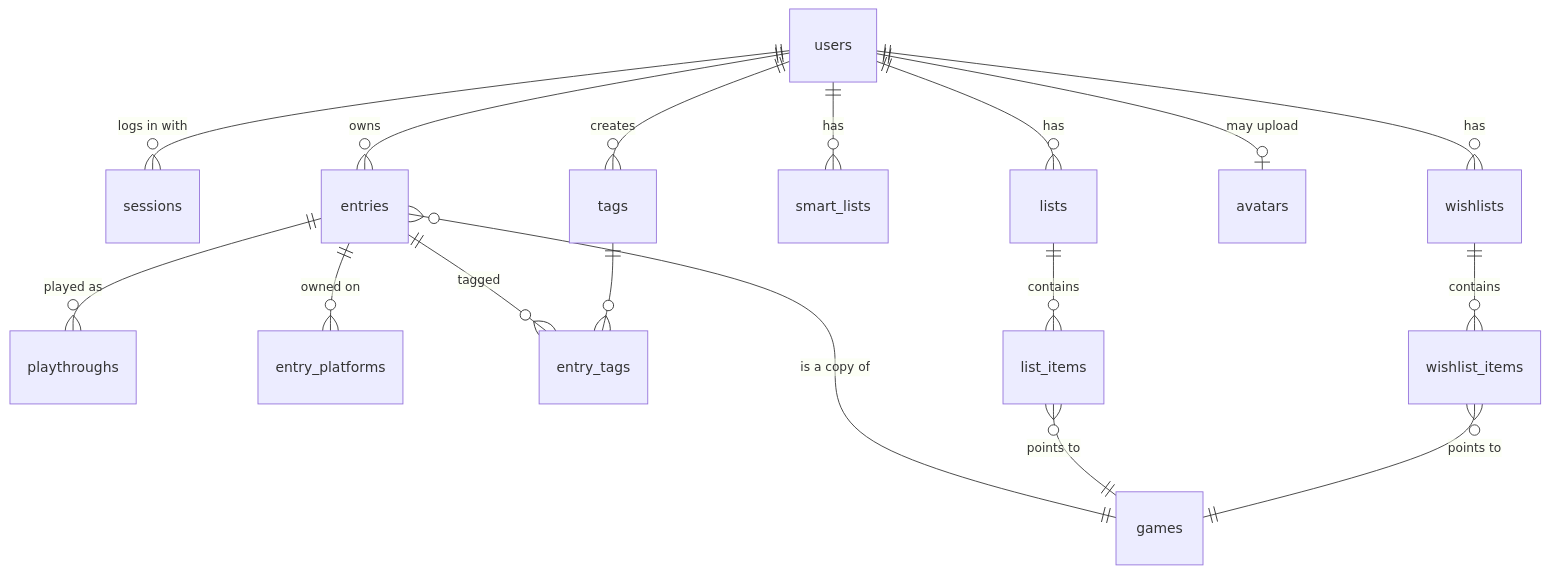
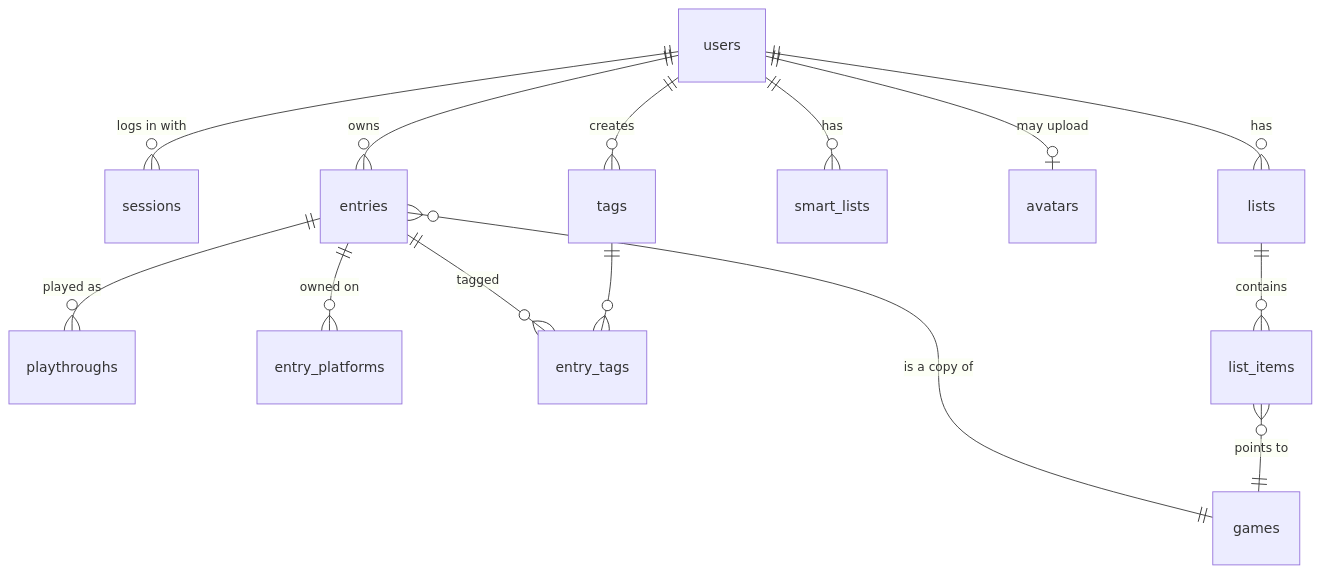
One commit to joeattardi/gamequeue changed the fifth of 21 diagrams in OVERVIEW.md. Above: the diagram before and after it, drawn with Mermaid. The commit also changed other lines of this file and 21 other files, not shown here.

Commit message:
R3b: the wishlist is a wishlist-kind list; drop wishlists and wishlist_items

````diff
--- a/OVERVIEW.md
+++ b/OVERVIEW.md
@@ -226,20 +226,17 @@
 ```mermaid
 erDiagram
     users ||--o{ sessions : "logs in with"
     users ||--o{ entries : "owns"
     users ||--o{ lists : "has"
     users ||--o{ smart_lists : "has"
-    users ||--o{ wishlists : "has"
     users ||--o| avatars : "may upload"
     users ||--o{ tags : "creates"
 
     entries }o--|| games : "is a copy of"
     entries ||--o{ playthroughs : "played as"
     entries ||--o{ entry_platforms : "owned on"
     entries ||--o{ entry_tags : "tagged"
     tags ||--o{ entry_tags : ""
     lists ||--o{ list_items : "contains"
     list_items }o--|| games : "points to"
-    wishlists ||--o{ wishlist_items : "contains"
-    wishlist_items }o--|| games : "points to"
 ```
````
